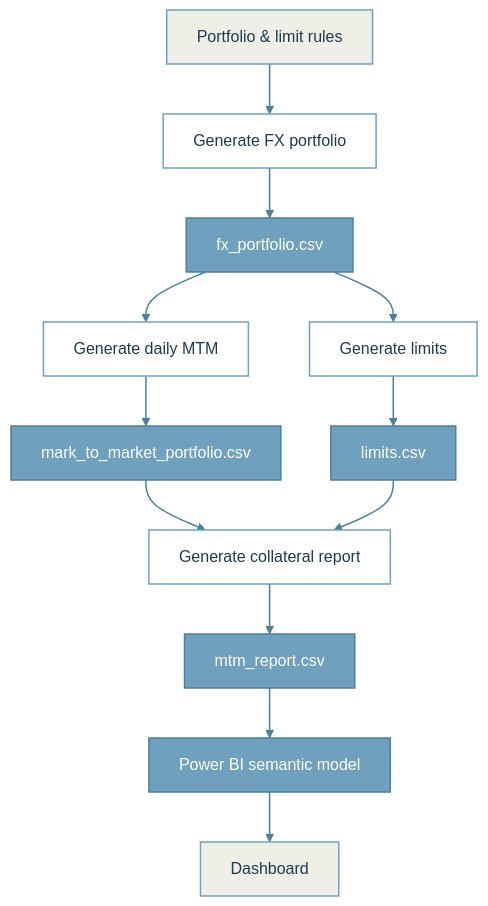
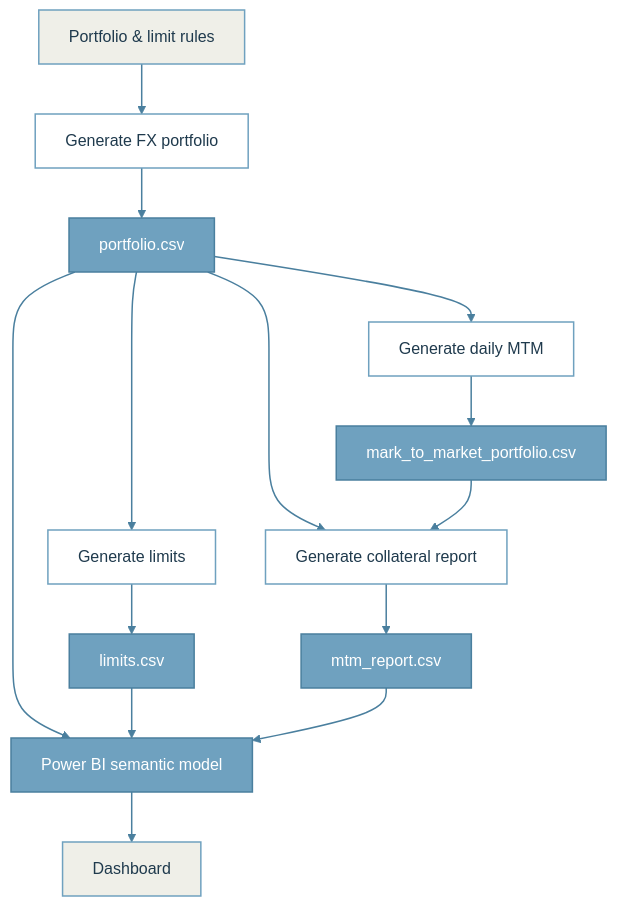
One commit to sgarciapuga/Work_Portfolio changed the first of 3 diagrams in fx-prime-brokerage-collateral/report.qmd. Above: the diagram before and after it, drawn with Mermaid (base theme). The commit also changed other lines of this file and 10 other files, not shown here.

````diff
--- a/fx-prime-brokerage-collateral/report.qmd
+++ b/fx-prime-brokerage-collateral/report.qmd
@@ -99,29 +99,31 @@
 ```{mermaid}
 %%| label: fig-pipeline
 %%| fig-cap: "End-to-end FX collateral data pipeline."
 %%| echo: false
 flowchart TD
     A[Portfolio & limit rules] --> B[Generate FX portfolio]
-    B --> C[fx_portfolio.csv]
+    B --> C[portfolio.csv]
 
     C --> D[Generate limits]
     C --> E[Generate daily MTM]
 
     D --> F[limits.csv]
     E --> G[mark_to_market_portfolio.csv]
 
-    G --> H[Generate collateral report]
-    F --> H[Generate collateral report]
+    C --> H[Generate collateral report]
+    G --> H
     H --> I[mtm_report.csv]
 
-    I --> J[Power BI semantic model]
+    C --> J[Power BI semantic model]
+    F --> J
+    I --> J
     J --> K[Dashboard]
 
     classDef ext fill:#EFEFE8,stroke:#6FA1BF,stroke-width:1.5px,color:#1F3A4D
     classDef job fill:#FFFFFF,stroke:#6FA1BF,stroke-width:1.5px,color:#1F3A4D
     classDef store fill:#6FA1BF,stroke:#4A7F9E,stroke-width:1.5px,color:#FFFFFF
     class A,K ext
     class B,D,E,H job
     class C,F,G,I,J store
     linkStyle default stroke:#4A7F9E,stroke-width:1.5px
 ```
````
